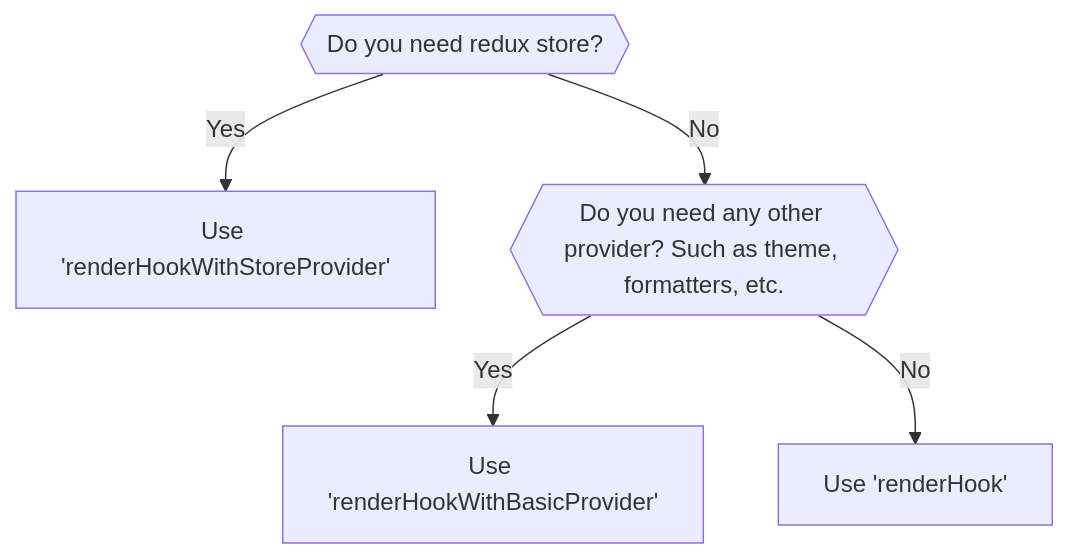
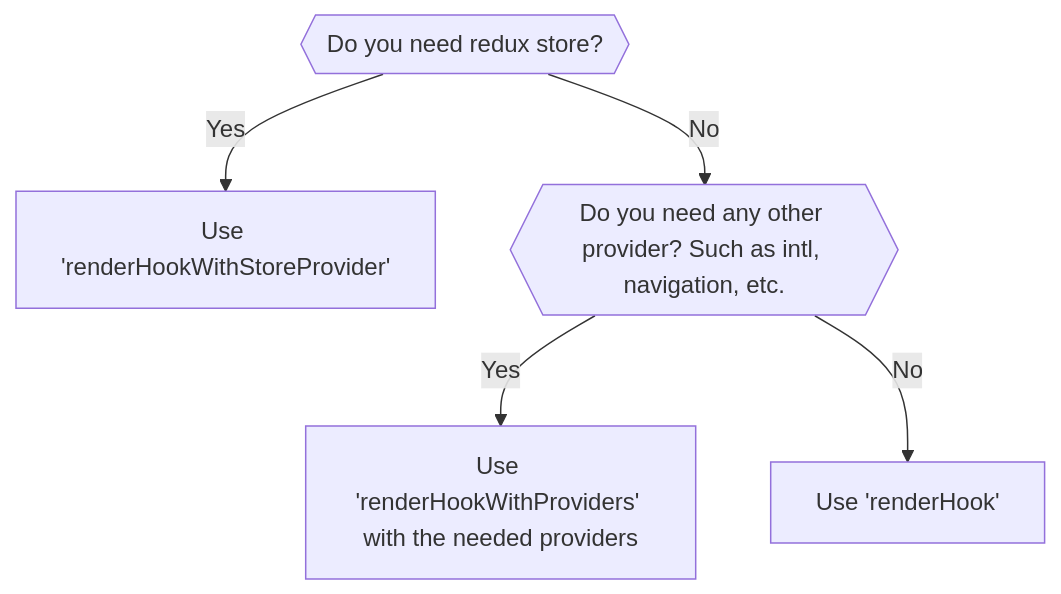
One commit to trezor/trezor-suite changed the second of 2 diagrams in docs/tests/suite-native-test-utils.md. Above: the diagram before and after it, drawn with Mermaid. The commit also changed other lines of this file and 42 other files, not shown here.

````diff
--- a/docs/tests/suite-native-test-utils.md
+++ b/docs/tests/suite-native-test-utils.md
@@ -174,7 +187,7 @@
 ```mermaid
 flowchart TD
     A{{Do you need redux store?}} -- Yes --> B[Use 'renderHookWithStoreProvider']
-    A -- No --> C{{Do you need any other provider? Such as theme, formatters, etc.}}
-    C -- Yes --> D[Use 'renderHookWithBasicProvider']
+    A -- No --> C{{Do you need any other provider? Such as intl, navigation, etc.}}
+    C -- Yes --> D[Use 'renderHookWithProviders' with the needed providers]
     C -- No --> F[Use 'renderHook']
 ```
````
